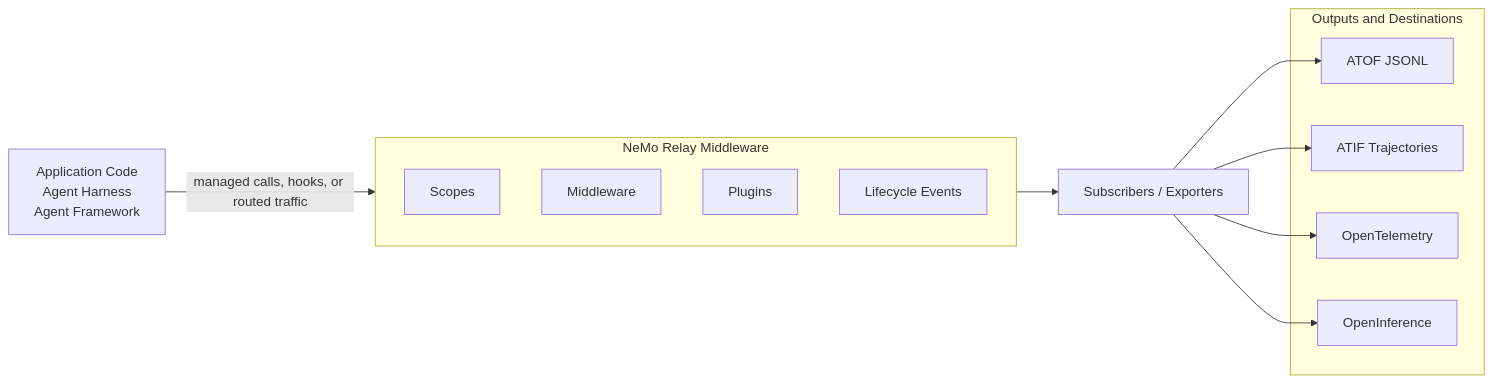
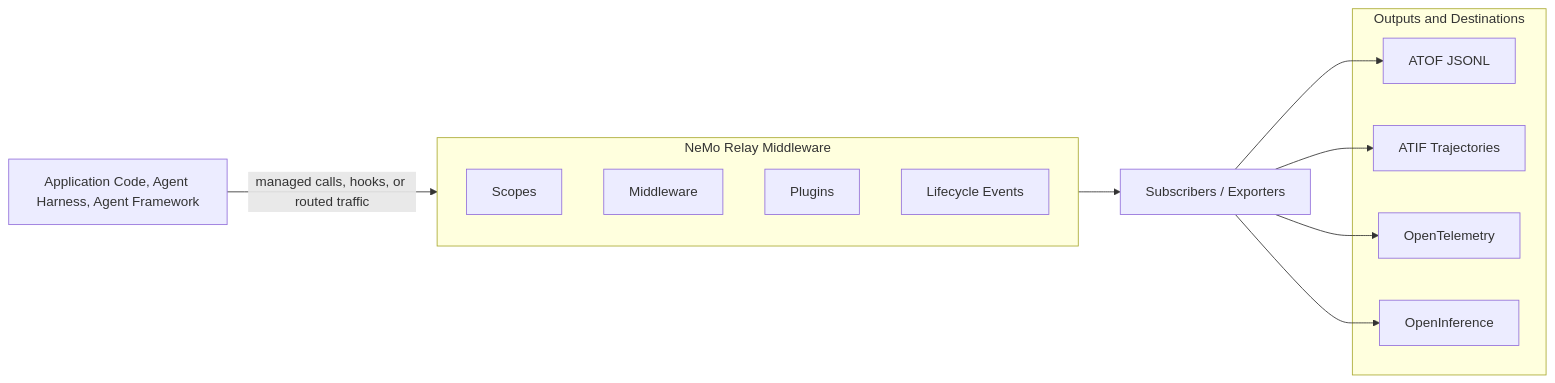
Before and after one commit to markito/NeMo-Relay: the diagram in README.md, drawn with Mermaid.

Commit message:
Simplify Sources representation in README

````diff
--- a/README.md
+++ b/README.md
@@ -79,26 +79,24 @@
 ```mermaid
 flowchart LR
-    Sources["Application Code
-             Agent Harness
-             Agent Framework"]
+    Sources["Application Code, Agent Harness, Agent Framework"]
     subgraph Runtime[NeMo Relay Middleware]
         direction TB
         Scopes[Scopes]
         Middleware[Middleware]
         Plugins[Plugins]
         Events[Lifecycle Events]
     end
     Consumers[Subscribers / Exporters]
     subgraph Outputs[Outputs and Destinations]
         ATOF[ATOF JSONL]
         ATIF[ATIF Trajectories]
         OTEL[OpenTelemetry]
         OI[OpenInference]
     end
     Sources -->|managed calls, hooks, or routed traffic| Runtime
     Runtime --> Consumers
     Consumers --> ATOF
     Consumers --> ATIF
     Consumers --> OTEL
     Consumers --> OI
 ```
````
